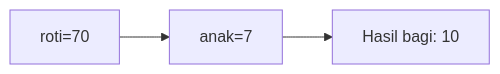
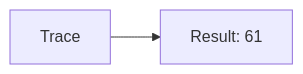
Diagram 12 of 25 in part-c-pemahaman-cpp/01-tipe-data/latihan/set-12.md (amnahwaida/OSNK_INF_PREP), drawn with Mermaid before and after one commit. The commit also changed other lines of this file and 71 other files, not shown here.

````diff
--- a/part-c-pemahaman-cpp/01-tipe-data/latihan/set-12.md
+++ b/part-c-pemahaman-cpp/01-tipe-data/latihan/set-12.md
@@ -364,5 +253,4 @@
 ```mermaid
 graph LR
-A["roti=70"] --> B["anak=7"]
-B --> C["Hasil bagi: 10"]
+A[Trace] --> B[Result: 61]
 ```
````
